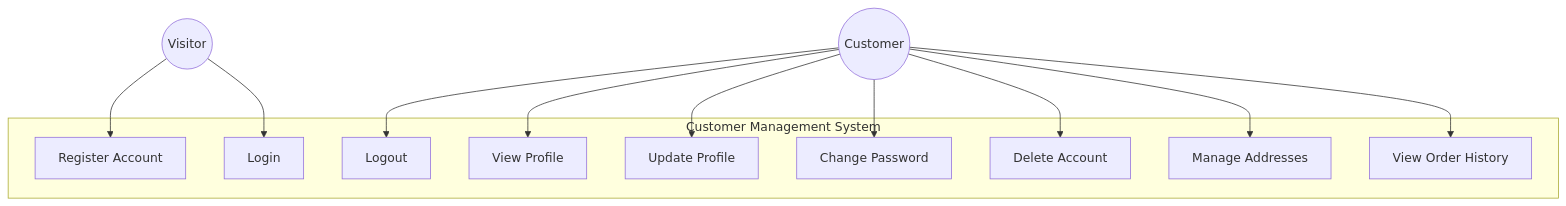
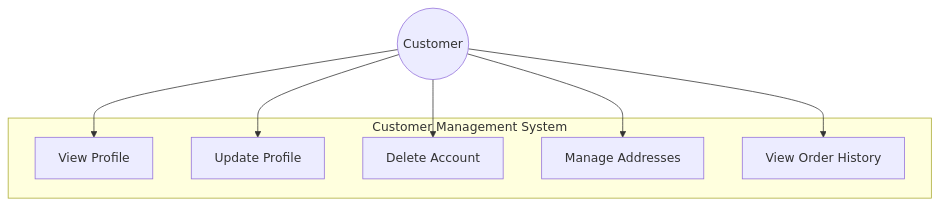
Before and after one commit to QuinntyneBrown/Vult: the first of 14 diagrams in docs/specs/customer/02-use-case-diagrams.md, drawn with Mermaid. The commit also changed other lines of this file and 4 other files, not shown here.

````diff
--- a/docs/specs/customer/02-use-case-diagrams.md
+++ b/docs/specs/customer/02-use-case-diagrams.md
@@ -26,28 +24,18 @@
 ```mermaid
 graph TB
     subgraph "Customer Management System"
-        UC1[Register Account]
-        UC2[Login]
-        UC3[Logout]
-        UC4[View Profile]
-        UC5[Update Profile]
-        UC6[Change Password]
-        UC7[Delete Account]
-        UC8[Manage Addresses]
-        UC9[View Order History]
+        UC1[View Profile]
+        UC2[Update Profile]
+        UC3[Delete Account]
+        UC4[Manage Addresses]
+        UC5[View Order History]
     end
 
-    Visitor((Visitor))
     Customer((Customer))
 
-    Visitor --> UC1
-    Visitor --> UC2
-
+    Customer --> UC1
+    Customer --> UC2
     Customer --> UC3
     Customer --> UC4
     Customer --> UC5
-    Customer --> UC6
-    Customer --> UC7
-    Customer --> UC8
-    Customer --> UC9
 ```
````
